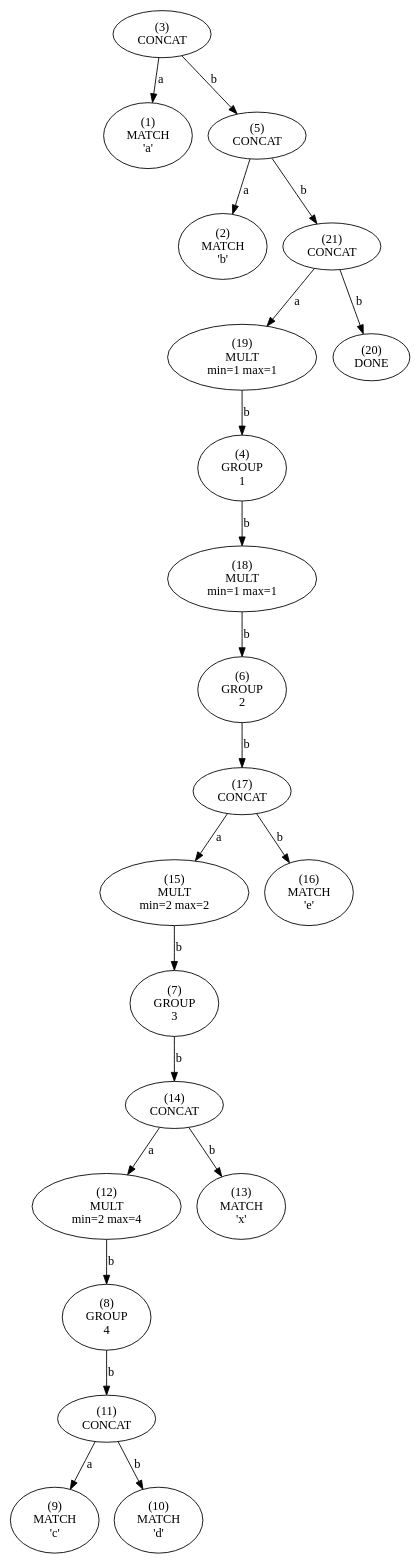
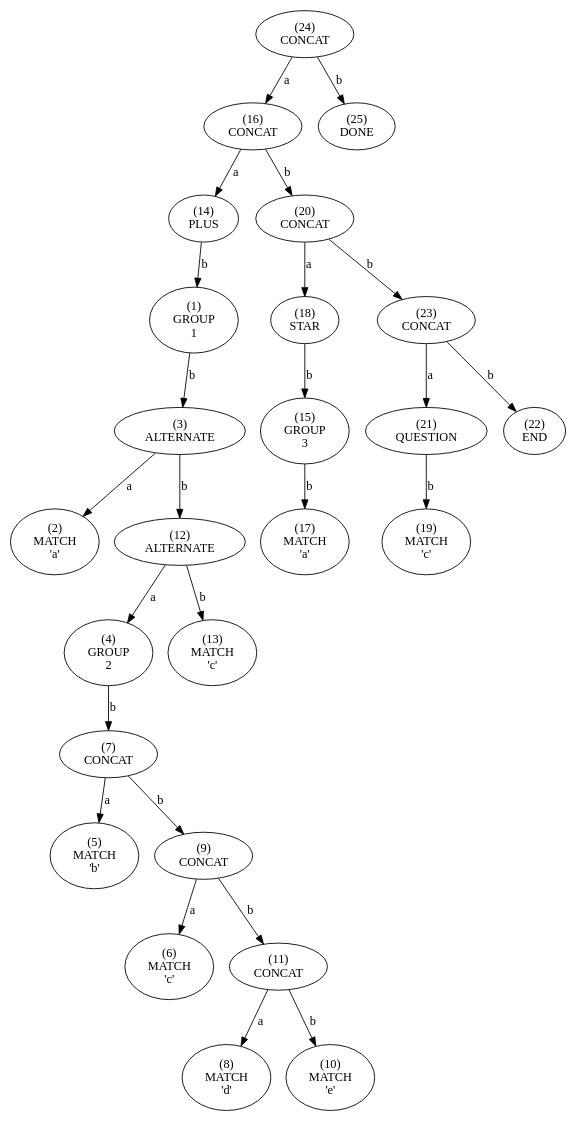
Before and after one commit to essele/rele: the diagram in tree.dot, drawn with Graphviz. The commit also changed 3 other files, not shown here.

```diff
--- a/tree.dot
+++ b/tree.dot
@@ -1,85 +1,101 @@
 digraph tree {
-    n0xc0f739e74320 [label="(3)
+    n0xaf850a071710 [label="(24)
 CONCAT
 "];
-    n0xc0f739e74320 -> n0xc0f739e742c0 [label="a"];
-    n0xc0f739e742c0 [label="(1)
+    n0xaf850a071710 -> n0xaf850a071590 [label="a"];
+    n0xaf850a071590 [label="(16)
+CONCAT
+"];
+    n0xaf850a071590 -> n0xaf850a071530 [label="a"];
+    n0xaf850a071530 [label="(14)
+PLUS
+"];
+    n0xaf850a071530 -> n0xaf850a0712c0 [label="b"];
+    n0xaf850a0712c0 [label="(1)
+GROUP
+1"];
+    n0xaf850a0712c0 -> n0xaf850a071320 [label="b"];
+    n0xaf850a071320 [label="(3)
+ALTERNATE
+"];
+    n0xaf850a071320 -> n0xaf850a0712f0 [label="a"];
+    n0xaf850a0712f0 [label="(2)
 MATCH
 'a'"];
-    n0xc0f739e74320 -> n0xc0f739e74380 [label="b"];
-    n0xc0f739e74380 [label="(5)
+    n0xaf850a071320 -> n0xaf850a0714d0 [label="b"];
+    n0xaf850a0714d0 [label="(12)
+ALTERNATE
+"];
+    n0xaf850a0714d0 -> n0xaf850a071350 [label="a"];
+    n0xaf850a071350 [label="(4)
+GROUP
+2"];
+    n0xaf850a071350 -> n0xaf850a0713e0 [label="b"];
+    n0xaf850a0713e0 [label="(7)
 CONCAT
 "];
-    n0xc0f739e74380 -> n0xc0f739e742f0 [label="a"];
-    n0xc0f739e742f0 [label="(2)
+    n0xaf850a0713e0 -> n0xaf850a071380 [label="a"];
+    n0xaf850a071380 [label="(5)
 MATCH
 'b'"];
-    n0xc0f739e74380 -> n0xc0f739e74680 [label="b"];
-    n0xc0f739e74680 [label="(21)
+    n0xaf850a0713e0 -> n0xaf850a071440 [label="b"];
+    n0xaf850a071440 [label="(9)
 CONCAT
 "];
-    n0xc0f739e74680 -> n0xc0f739e74620 [label="a"];
-    n0xc0f739e74620 [label="(19)
-MULT
-min=1 max=1"];
-    n0xc0f739e74620 -> n0xc0f739e74350 [label="b"];
-    n0xc0f739e74350 [label="(4)
-GROUP
-1"];
-    n0xc0f739e74350 -> n0xc0f739e745f0 [label="b"];
-    n0xc0f739e745f0 [label="(18)
-MULT
-min=1 max=1"];
-    n0xc0f739e745f0 -> n0xc0f739e743b0 [label="b"];
-    n0xc0f739e743b0 [label="(6)
-GROUP
-2"];
-    n0xc0f739e743b0 -> n0xc0f739e745c0 [label="b"];
-    n0xc0f739e745c0 [label="(17)
+    n0xaf850a071440 -> n0xaf850a0713b0 [label="a"];
+    n0xaf850a0713b0 [label="(6)
+MATCH
+'c'"];
+    n0xaf850a071440 -> n0xaf850a0714a0 [label="b"];
+    n0xaf850a0714a0 [label="(11)
 CONCAT
 "];
-    n0xc0f739e745c0 -> n0xc0f739e74560 [label="a"];
-    n0xc0f739e74560 [label="(15)
-MULT
-min=2 max=2"];
-    n0xc0f739e74560 -> n0xc0f739e743e0 [label="b"];
-    n0xc0f739e743e0 [label="(7)
+    n0xaf850a0714a0 -> n0xaf850a071410 [label="a"];
+    n0xaf850a071410 [label="(8)
+MATCH
+'d'"];
+    n0xaf850a0714a0 -> n0xaf850a071470 [label="b"];
+    n0xaf850a071470 [label="(10)
+MATCH
+'e'"];
+    n0xaf850a0714d0 -> n0xaf850a071500 [label="b"];
+    n0xaf850a071500 [label="(13)
+MATCH
+'c'"];
+    n0xaf850a071590 -> n0xaf850a071650 [label="b"];
+    n0xaf850a071650 [label="(20)
+CONCAT
+"];
+    n0xaf850a071650 -> n0xaf850a0715f0 [label="a"];
+    n0xaf850a0715f0 [label="(18)
+STAR
+"];
+    n0xaf850a0715f0 -> n0xaf850a071560 [label="b"];
+    n0xaf850a071560 [label="(15)
 GROUP
 3"];
-    n0xc0f739e743e0 -> n0xc0f739e74530 [label="b"];
-    n0xc0f739e74530 [label="(14)
+    n0xaf850a071560 -> n0xaf850a0715c0 [label="b"];
+    n0xaf850a0715c0 [label="(17)
+MATCH
+'a'"];
+    n0xaf850a071650 -> n0xaf850a0716e0 [label="b"];
+    n0xaf850a0716e0 [label="(23)
 CONCAT
 "];
-    n0xc0f739e74530 -> n0xc0f739e744d0 [label="a"];
-    n0xc0f739e744d0 [label="(12)
-MULT
-min=2 max=4"];
-    n0xc0f739e744d0 -> n0xc0f739e74410 [label="b"];
-    n0xc0f739e74410 [label="(8)
-GROUP
-4"];
-    n0xc0f739e74410 -> n0xc0f739e744a0 [label="b"];
-    n0xc0f739e744a0 [label="(11)
-CONCAT
+    n0xaf850a0716e0 -> n0xaf850a071680 [label="a"];
+    n0xaf850a071680 [label="(21)
+QUESTION
 "];
-    n0xc0f739e744a0 -> n0xc0f739e74440 [label="a"];
-    n0xc0f739e74440 [label="(9)
+    n0xaf850a071680 -> n0xaf850a071620 [label="b"];
+    n0xaf850a071620 [label="(19)
 MATCH
 'c'"];
-    n0xc0f739e744a0 -> n0xc0f739e74470 [label="b"];
-    n0xc0f739e74470 [label="(10)
-MATCH
-'d'"];
-    n0xc0f739e74530 -> n0xc0f739e74500 [label="b"];
-    n0xc0f739e74500 [label="(13)
-MATCH
-'x'"];
-    n0xc0f739e745c0 -> n0xc0f739e74590 [label="b"];
-    n0xc0f739e74590 [label="(16)
-MATCH
-'e'"];
-    n0xc0f739e74680 -> n0xc0f739e74650 [label="b"];
-    n0xc0f739e74650 [label="(20)
+    n0xaf850a0716e0 -> n0xaf850a0716b0 [label="b"];
+    n0xaf850a0716b0 [label="(22)
+END
+"];
+    n0xaf850a071710 -> n0xaf850a071740 [label="b"];
+    n0xaf850a071740 [label="(25)
 DONE
 "];
 }
```
